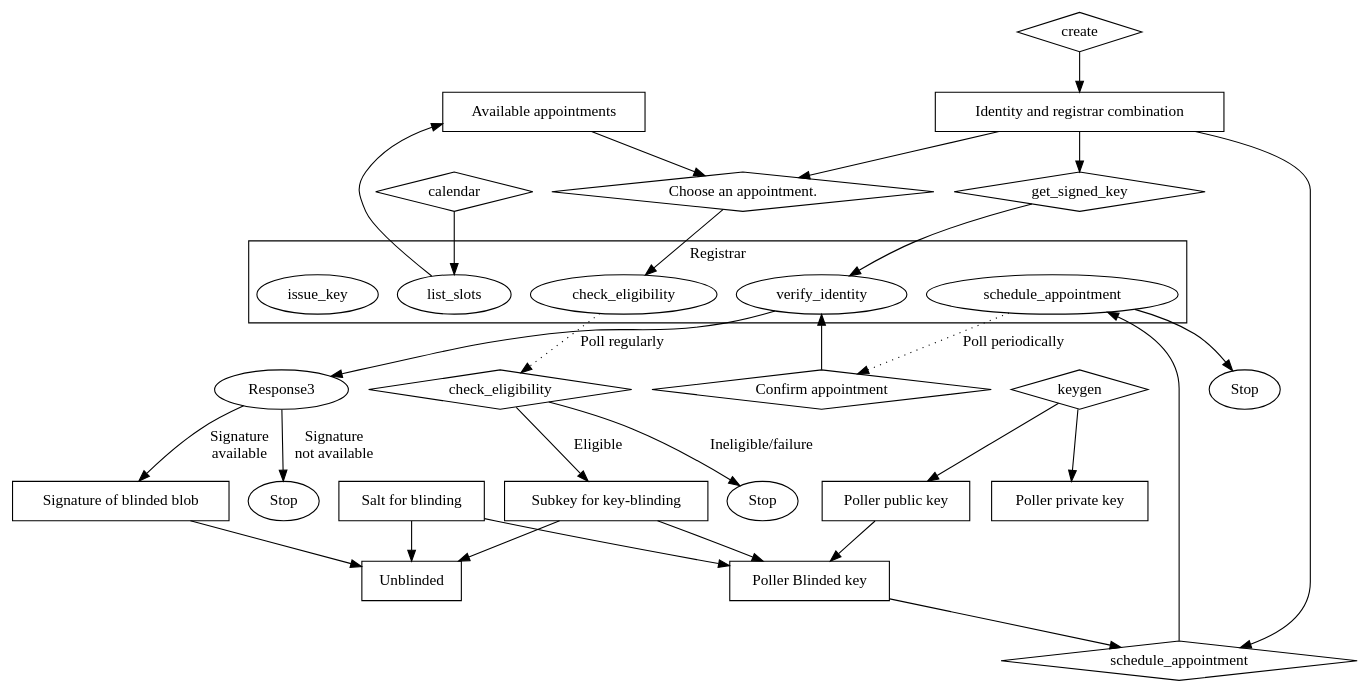
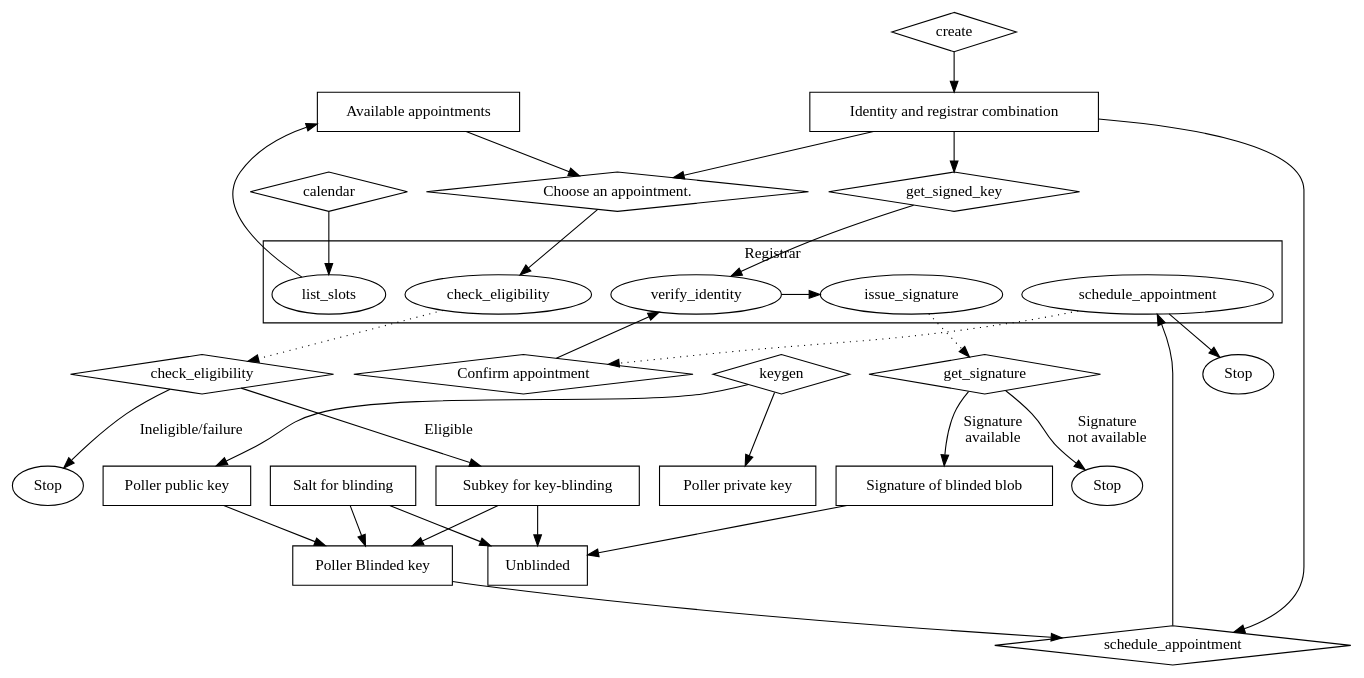
The diagram in doc/securepolling.dot (securepollingsystem/securepolling), drawn with Graphviz before and after one commit.

Commit message:
simpler and more correct

```diff
--- a/doc/securepolling.dot
+++ b/doc/securepolling.dot
@@ -1,72 +1,73 @@
 // Registrar process
 digraph {
   subgraph cluster_Registrar {
     label="Registrar"
     r_list_slots [label="list_slots"]
     r_schedule_appointment [label="schedule_appointment"]
     r_verify_identity [label="verify_identity"]
     r_check_eligibility [label="check_eligibility"]
-    r_issue_key [label="issue_key"]
-  //r_verify_identity -> r_issue_key [style="dotted"]
+    r_issue_signature [label="issue_signature"]
+    r_verify_identity -> r_issue_signature [constraint="false"]
   }
 
   // Step 1
   create [shape="diamond"]
   Identity [label="Identity and registrar combination" shape="box"]
 
   create -> Identity
 
   keygen [shape="diamond"]
   Public [label="Poller public key" shape="box"]
   Private [label="Poller private key" shape="box"]
 
   keygen -> Public
   keygen -> Private
 
   calendar [shape="diamond"]
   Appointments [label="Available appointments" shape="box"]
   calendar -> r_list_slots -> Appointments
 
   Appointments -> Request1
   Identity -> Request1
   Request1 [label="Choose an appointment." shape="diamond"]
   Request1 -> r_check_eligibility // [label="Request acknowledgement of eligibility"]
 
   CheckEligibility [label="check_eligibility" shape="diamond"]
-  r_check_eligibility -> CheckEligibility [label="Poll regularly" style="dotted"]
+  r_check_eligibility -> CheckEligibility [style="dotted"]
   CheckEligibility -> Subkey [label="Eligible"]
   CheckEligibility -> Fail1 [label="Ineligible/failure"]
   Fail1 [label="Stop"]
 
   Subkey [label="Subkey for key-blinding" shape="box"]
   Salt [label="Salt for blinding" shape="box"]
 
   Blinded [label="Poller Blinded key" shape="box"]
   Subkey -> Blinded
   Salt -> Blinded
   Public -> Blinded
 
   schedule_appointment [shape="diamond"]
   Identity -> schedule_appointment
   Blinded  -> schedule_appointment -> r_schedule_appointment
-  r_schedule_appointment -> Confirmation [style=dotted label="Poll periodically"]
+  r_schedule_appointment -> Confirmation [style=dotted]
   r_schedule_appointment -> Fail2
   Confirmation [label="Confirm appointment" shape="diamond"]
   Fail2 [label="Stop"]
 
   // Step 2
   Sync [label="get_signed_key" shape=diamond]
   Fail3 [label="Stop"]
   Identity -> Sync -> r_verify_identity
-  r_verify_identity -> Response3
   Confirmation -> r_verify_identity
-  Response3 -> SignedBlinded [label="Signature\navailable"]
-  Response3 -> Fail3 [label="Signature\nnot available"]
+  get_signature [shape="diamond"]
+  r_issue_signature -> get_signature [style=dotted]
+  get_signature -> SignedBlinded [label="Signature\navailable"]
+  get_signature -> Fail3 [label="Signature\nnot available"]
   SignedBlinded [label="Signature of blinded blob" shape="box"]
 
   Salt -> Unblinded
   Subkey -> Unblinded
   SignedBlinded -> Unblinded
 
   Unblinded [shape="box"]
 }
```
